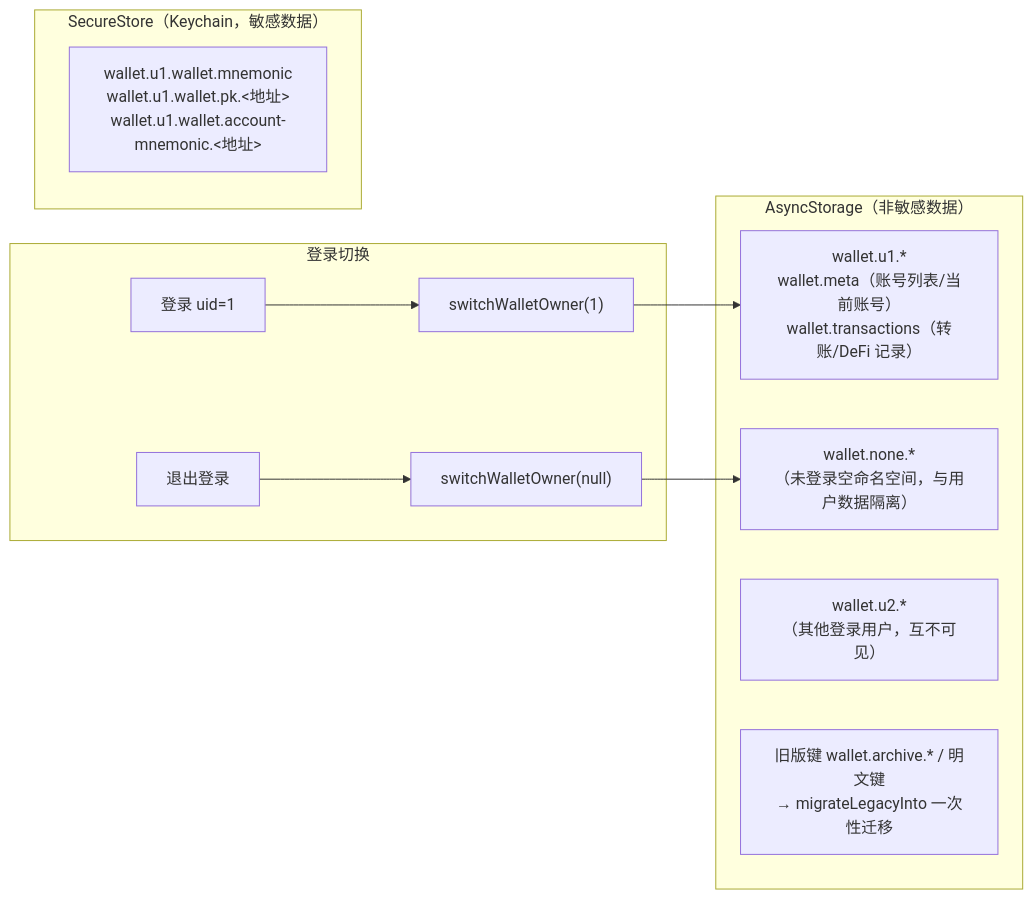
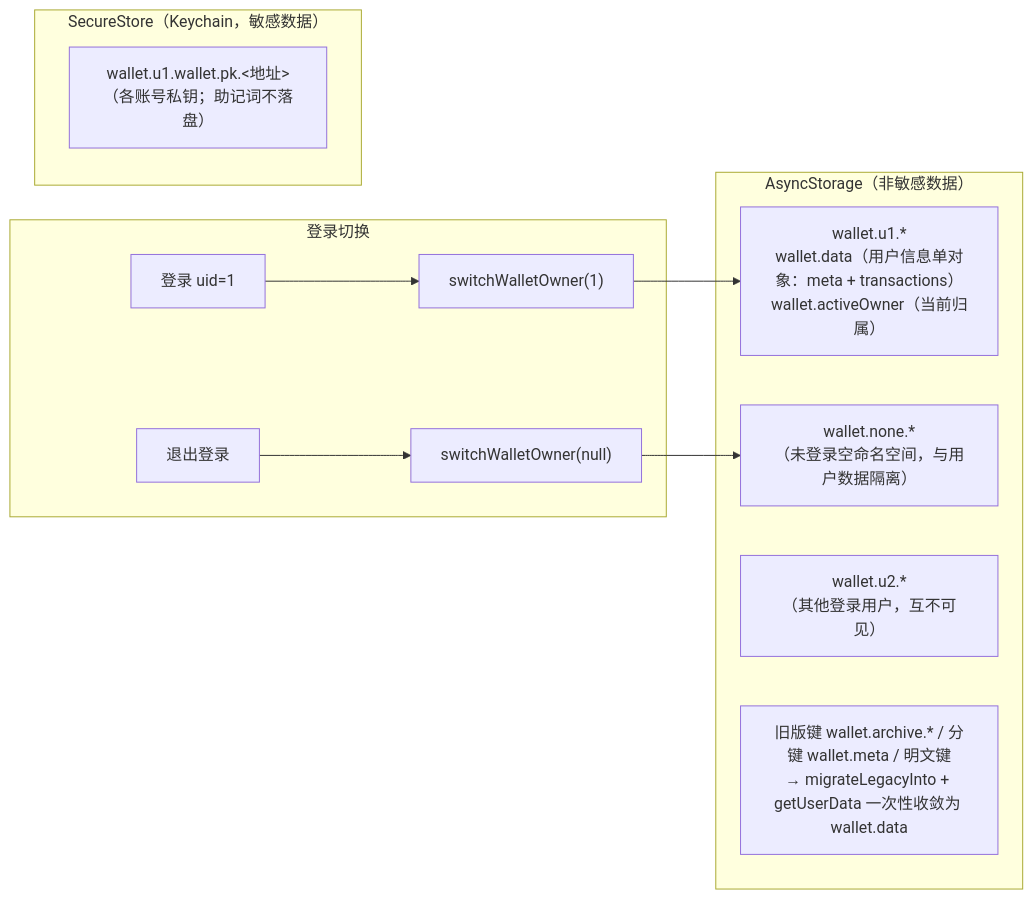
One commit to jinshenglilili-cmyk/RNDefiWallet changed the third of 4 diagrams in fronted/README.md. Above: the diagram before and after it, drawn with Mermaid. The commit also changed other lines of this file and 47 other files, not shown here.

````diff
--- a/fronted/README.md
+++ b/fronted/README.md
@@ -238,21 +241,21 @@
 ```mermaid
 flowchart LR
     subgraph 登录切换
         LOGIN["登录 uid=1"] --> SW["switchWalletOwner(1)"]
         LOGOUT["退出登录"] --> SWN["switchWalletOwner(null)"]
     end
 
     SW --> NS1
     SWN --> NSN
 
     subgraph KEYCHAIN["SecureStore（Keychain，敏感数据）"]
-        SS1["wallet.u1.wallet.mnemonic<br/>wallet.u1.wallet.pk.&lt;地址&gt;<br/>wallet.u1.wallet.account-mnemonic.&lt;地址&gt;"]
+        SS1["wallet.u1.wallet.pk.&lt;地址&gt;<br/>（各账号私钥；助记词不落盘）"]
     end
 
     subgraph MANIFEST["AsyncStorage（非敏感数据）"]
-        NS1["wallet.u1.*<br/>wallet.meta（账号列表/当前账号）<br/>wallet.transactions（转账/DeFi 记录）"]
+        NS1["wallet.u1.*<br/>wallet.data（用户信息单对象：meta + transactions）<br/>wallet.activeOwner（当前归属）"]
         NSN["wallet.none.*<br/>（未登录空命名空间，与用户数据隔离）"]
         NS2["wallet.u2.*<br/>（其他登录用户，互不可见）"]
-        LEGACY["旧版键 wallet.archive.* / 明文键<br/>→ migrateLegacyInto 一次性迁移"]
+        LEGACY["旧版键 wallet.archive.* / 分键 wallet.meta / 明文键<br/>→ migrateLegacyInto + getUserData 一次性收敛为 wallet.data"]
     end
 ```
````
